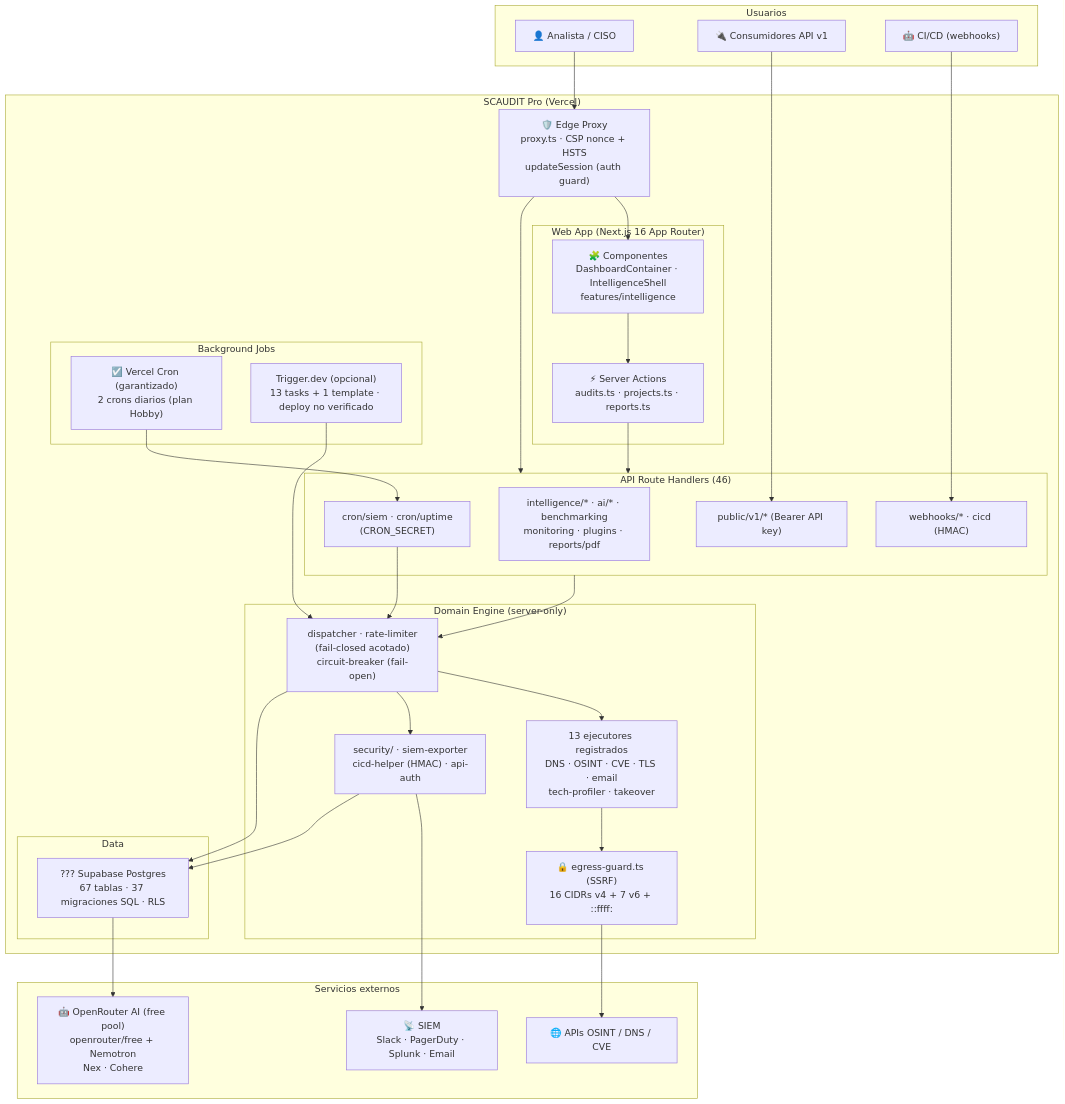
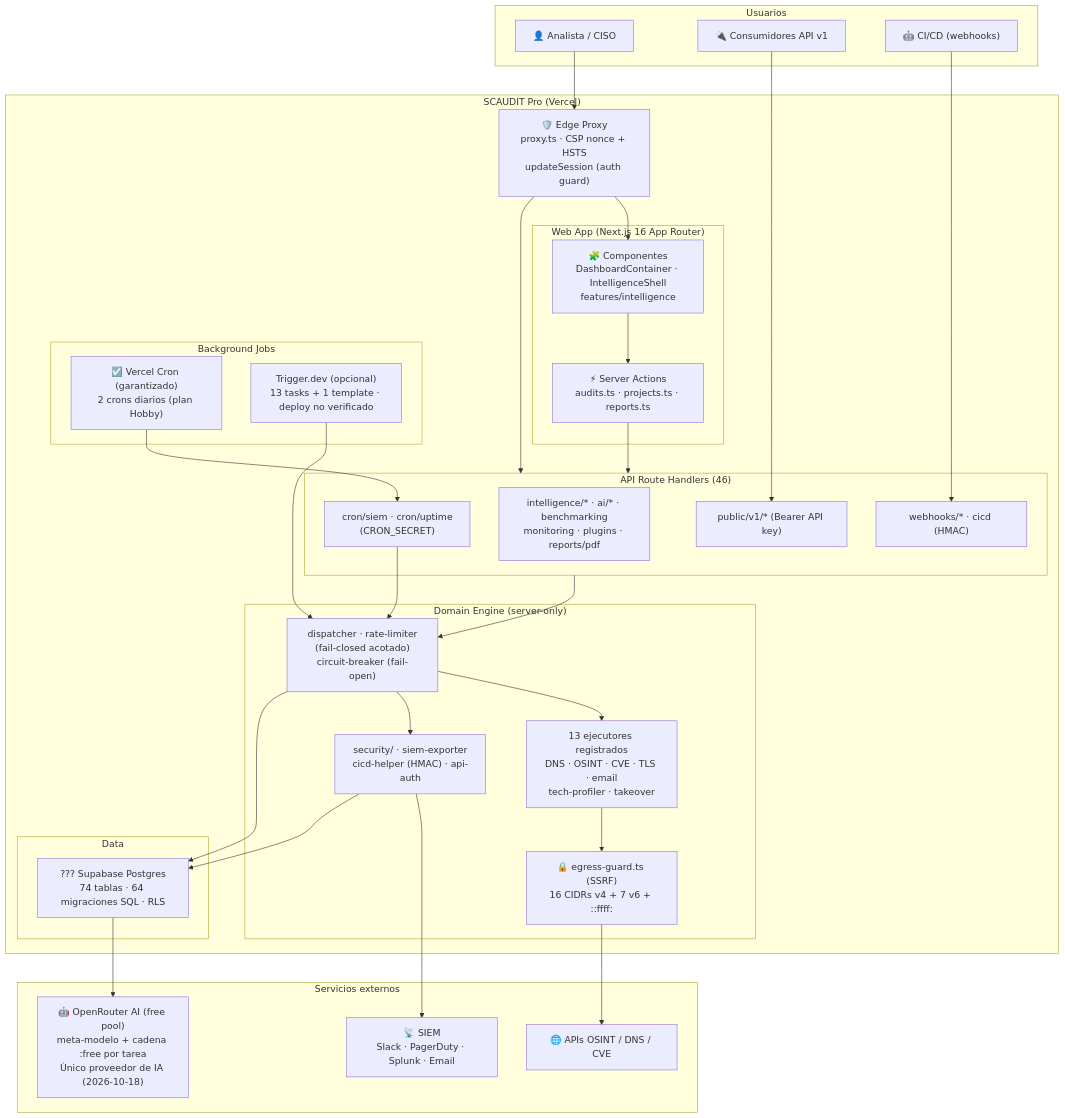
One commit to StrategicConnex/StrategicConnexAudit changed the first of 14 diagrams in README.md. Above: the diagram before and after it, drawn with Mermaid. The commit also changed other lines of this file, not shown here.

````diff
--- a/README.md
+++ b/README.md
@@ -213,66 +215,66 @@
 ```mermaid
 flowchart TB
     subgraph PERSONAS["Usuarios"]
         P1["👤 Analista / CISO"]
         P2["🔌 Consumidores API v1"]
         P3["🤖 CI/CD (webhooks)"]
     end
 
     subgraph SCAUDIT["SCAUDIT Pro (Vercel)"]
         EDGE["🛡️ Edge Proxy<br/>proxy.ts · CSP nonce + HSTS<br/>updateSession (auth guard)"]
 
         subgraph WEB["Web App (Next.js 16 App Router)"]
             UI["🧩 Componentes<br/>DashboardContainer · IntelligenceShell<br/>features/intelligence"]
             ACT["⚡ Server Actions<br/>audits.ts · projects.ts · reports.ts"]
         end
 
         subgraph API["API Route Handlers (46)"]
             API_IT["intelligence/* · ai/* · benchmarking<br/>monitoring · plugins · reports/pdf"]
             API_PUB["public/v1/* (Bearer API key)"]
             API_WEB["webhooks/* · cicd (HMAC)"]
             API_CRON["cron/siem · cron/uptime<br/>(CRON_SECRET)"]
         end
 
         subgraph DOMAIN["Domain Engine (server-only)"]
             CORE["dispatcher · rate-limiter<br/>(fail-closed acotado)<br/>circuit-breaker (fail-open)"]
             EXEC["13 ejecutores registrados<br/>DNS · OSINT · CVE · TLS · email<br/>tech-profiler · takeover"]
             EG["🔒 egress-guard.ts (SSRF)<br/>16 CIDRs v4 + 7 v6 + ::ffff:"]
             SEC["security/ · siem-exporter<br/>cicd-helper (HMAC) · api-auth"]
         end
 
         subgraph JOBS["Background Jobs"]
             VC["☑️ Vercel Cron (garantizado)<br/>2 crons diarios (plan Hobby)"]
             TD["Trigger.dev (opcional)<br/>13 tasks + 1 template · deploy no verificado"]
         end
 
         subgraph DATA["Data"]
-            DB["??? Supabase Postgres<br/>67 tablas · 37 migraciones SQL · RLS"]
+            DB["??? Supabase Postgres<br/>74 tablas · 64 migraciones SQL · RLS"]
         end
     end
 
     subgraph EXT["Servicios externos"]
-        AI["🤖 OpenRouter AI (free pool)<br/>openrouter/free + Nemotron<br/>Nex · Cohere"]
+        AI["🤖 OpenRouter AI (free pool)<br/>meta-modelo + cadena :free por tarea<br/>Único proveedor de IA (2026-10-18)"]
         SIEM["📡 SIEM<br/>Slack · PagerDuty · Splunk · Email"]
         OSINT["🌐 APIs OSINT / DNS / CVE"]
     end
 
     P1 --> EDGE
     P2 --> API_PUB
     P3 --> API_WEB
     EDGE --> UI
     EDGE --> API
     UI --> ACT
     ACT --> API
     API --> CORE
     CORE --> EXEC
     EXEC --> EG
     EG --> OSINT
     CORE --> SEC
     SEC --> SIEM
     VC --> API_CRON
     API_CRON --> CORE
     TD --> CORE
     CORE --> DB
     DB --> AI
     SEC --> DB
 ```
````
